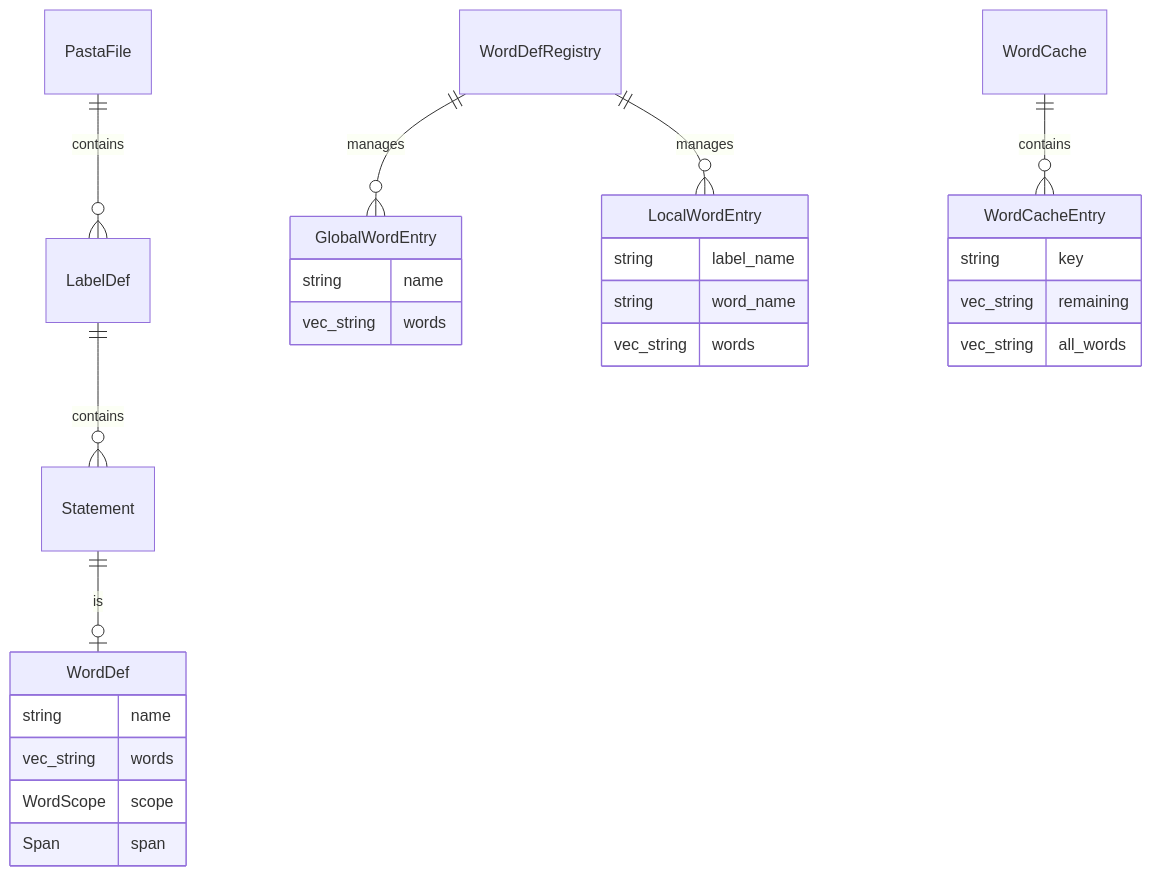
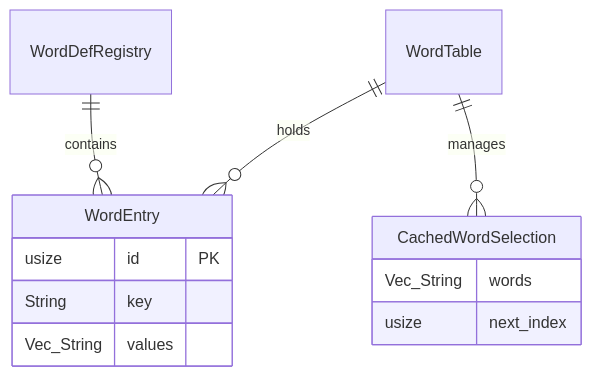
Before and after one commit to ekicyou/pasta: the third of 3 diagrams in .kiro/specs/pasta-word-definition-dsl/design.md, drawn with Mermaid. The commit also changed other lines of this file, not shown here.

First line of the commit message:
docs(pasta-word-definition-dsl): add filters arg to all API signatures

````diff
--- a/.kiro/specs/pasta-word-definition-dsl/design.md
+++ b/.kiro/specs/pasta-word-definition-dsl/design.md
@@ -621,29 +438,17 @@
 ```mermaid
 erDiagram
-    PastaFile ||--o{ LabelDef : contains
-    LabelDef ||--o{ Statement : contains
-    Statement ||--o| WordDef : is
-    WordDef {
-        string name
-        vec_string words
-        WordScope scope
-        Span span
+    WordDefRegistry ||--o{ WordEntry : contains
+    WordTable ||--o{ WordEntry : holds
+    WordTable ||--o{ CachedWordSelection : manages
+    
+    WordEntry {
+        usize id PK
+        String key
+        Vec_String values
     }
-    WordDefRegistry ||--o{ GlobalWordEntry : manages
-    WordDefRegistry ||--o{ LocalWordEntry : manages
-    GlobalWordEntry {
-        string name
-        vec_string words
-    }
-    LocalWordEntry {
-        string label_name
-        string word_name
-        vec_string words
-    }
-    WordCache ||--o{ WordCacheEntry : contains
-    WordCacheEntry {
-        string key
-        vec_string remaining
-        vec_string all_words
+    
+    CachedWordSelection {
+        Vec_String words
+        usize next_index
     }
 ```
````
